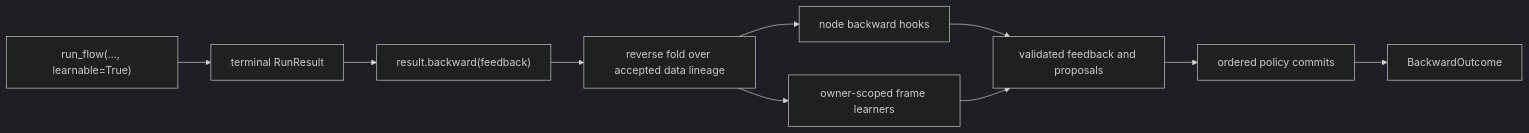
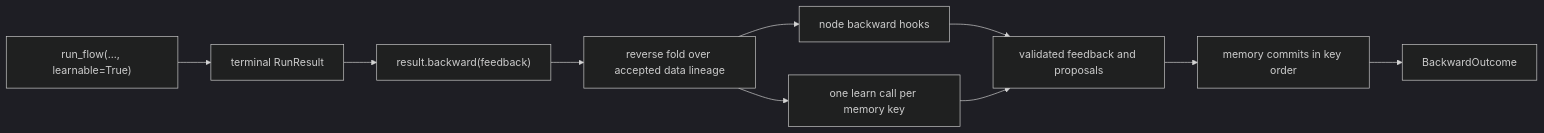
One commit to ngocbh/yian changed the diagram in docs/learning.md. Above: the diagram before and after it, drawn with Mermaid (dark theme). The commit also changed other lines of this file and 1 other file, not shown here.

Commit message:
Describe per-key memory learning and stacking

````diff
--- a/docs/learning.md
+++ b/docs/learning.md
@@ -8,12 +8,12 @@
 ```mermaid
 flowchart LR
     forward["run_flow(..., learnable=True)"] --> result["terminal RunResult"]
     result --> attempt["result.backward(feedback)"]
     attempt --> fold["reverse fold over accepted data lineage"]
     fold --> nodes["node backward hooks"]
-    fold --> frames["owner-scoped frame learners"]
+    fold --> learners["one learn call per memory key"]
     nodes --> ready["validated feedback and proposals"]
-    frames --> ready
-    ready --> commits["ordered policy commits"]
+    learners --> ready
+    ready --> commits["memory commits in key order"]
     commits --> outcome["BackwardOutcome"]
 ```
````
